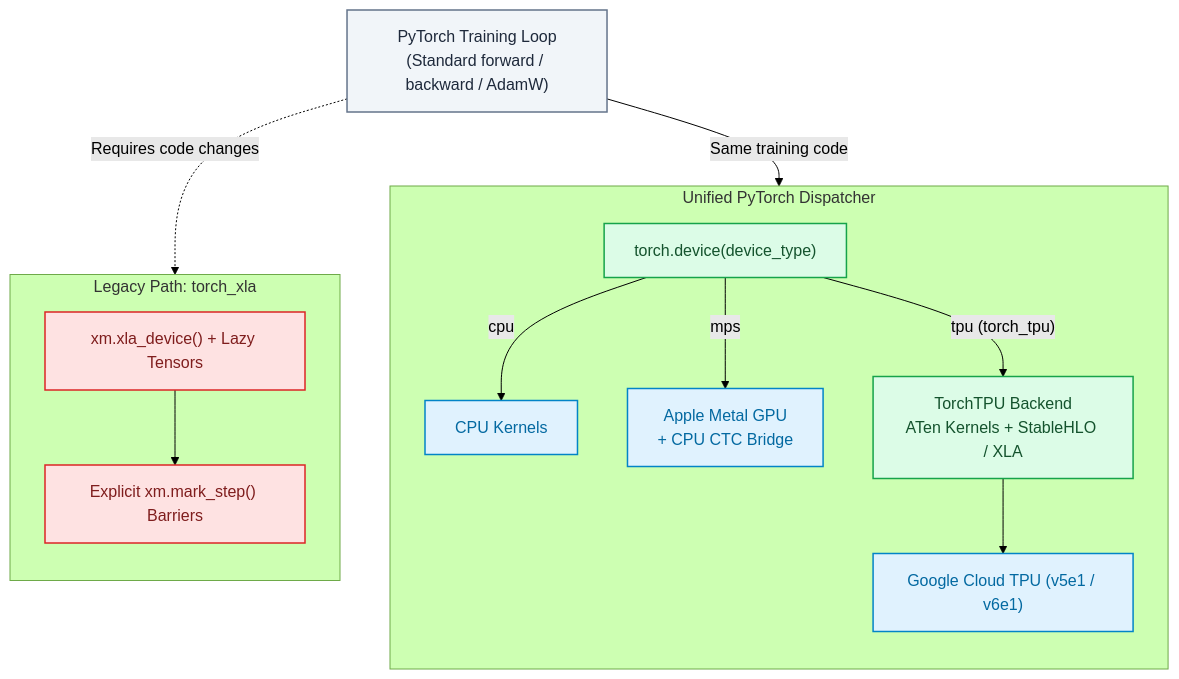
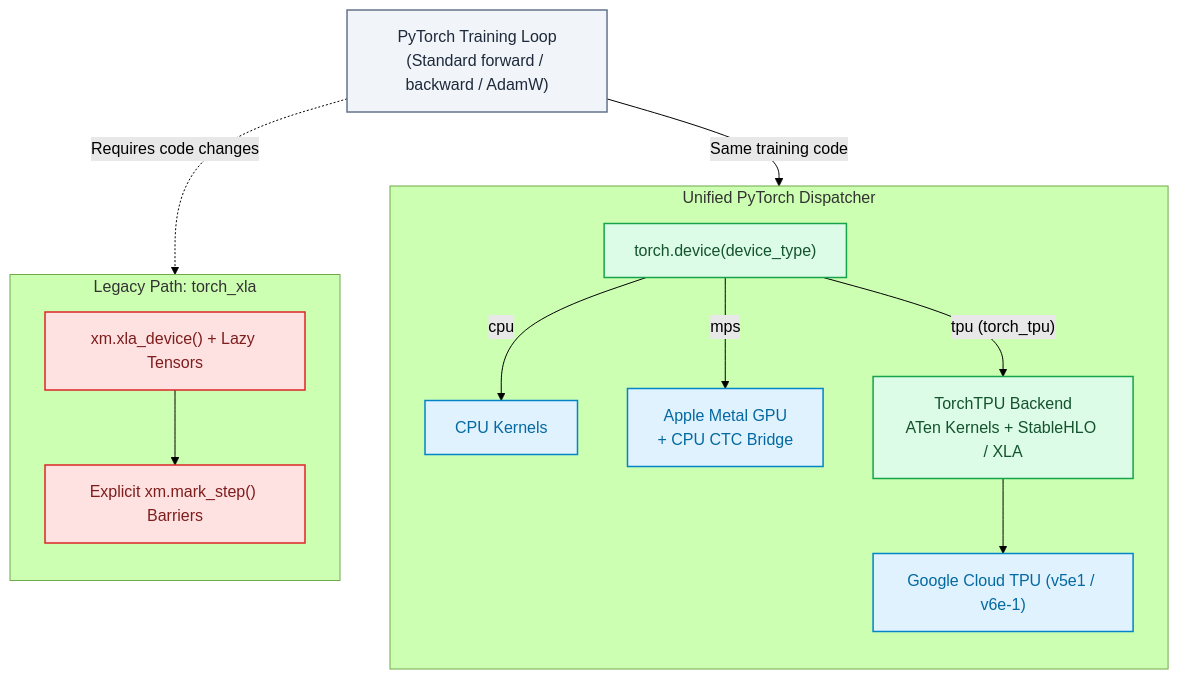
One commit to ghif/ocrtorch changed the first of 2 diagrams in docs/2026-11-21_ppocrv6_cpu_mps_tpu_finetuning.md. Above: the diagram before and after it, drawn with Mermaid (forest theme). The commit also changed other lines of this file and 33 other files, not shown here.

````diff
--- a/docs/2026-11-21_ppocrv6_cpu_mps_tpu_finetuning.md
+++ b/docs/2026-11-21_ppocrv6_cpu_mps_tpu_finetuning.md
@@ -44,26 +36,26 @@
 ```mermaid
 flowchart TB
     classDef app fill:#f1f5f9,stroke:#64748b,stroke-width:1.5px,color:#1e293b;
     classDef legacy fill:#fee2e2,stroke:#dc2626,stroke-width:1.5px,color:#7f1d1d;
     classDef native fill:#dcfce7,stroke:#16a34a,stroke-width:1.5px,color:#14532d;
     classDef hw fill:#e0f2fe,stroke:#0284c7,stroke-width:1.5px,color:#0369a1;
 
     TR["PyTorch Training Loop<br/>(Standard forward / backward / AdamW)"]:::app
 
     subgraph LEGACY["Legacy Path: torch_xla"]
         direction TB
         L1["xm.xla_device() + Lazy Tensors"]:::legacy --> L2["Explicit xm.mark_step() Barriers"]:::legacy
     end
 
     subgraph NATIVE["Unified PyTorch Dispatcher"]
         direction TB
         D["torch.device(device_type)"]:::native
         D -->|"cpu"| C1["CPU Kernels"]:::hw
         D -->|"mps"| M1["Apple Metal GPU<br/>+ CPU CTC Bridge"]:::hw
         D -->|"tpu (torch_tpu)"| T1["TorchTPU Backend<br/>ATen Kernels + StableHLO / XLA"]:::native
-        T1 --> T2["Google Cloud TPU (v5e1 / v6e1)"]:::hw
+        T1 --> T2["Google Cloud TPU (v5e1 / v6e-1)"]:::hw
     end
 
     TR -. "Requires code changes" .-> LEGACY
     TR -->|"Same training code"| NATIVE
 ```
````
